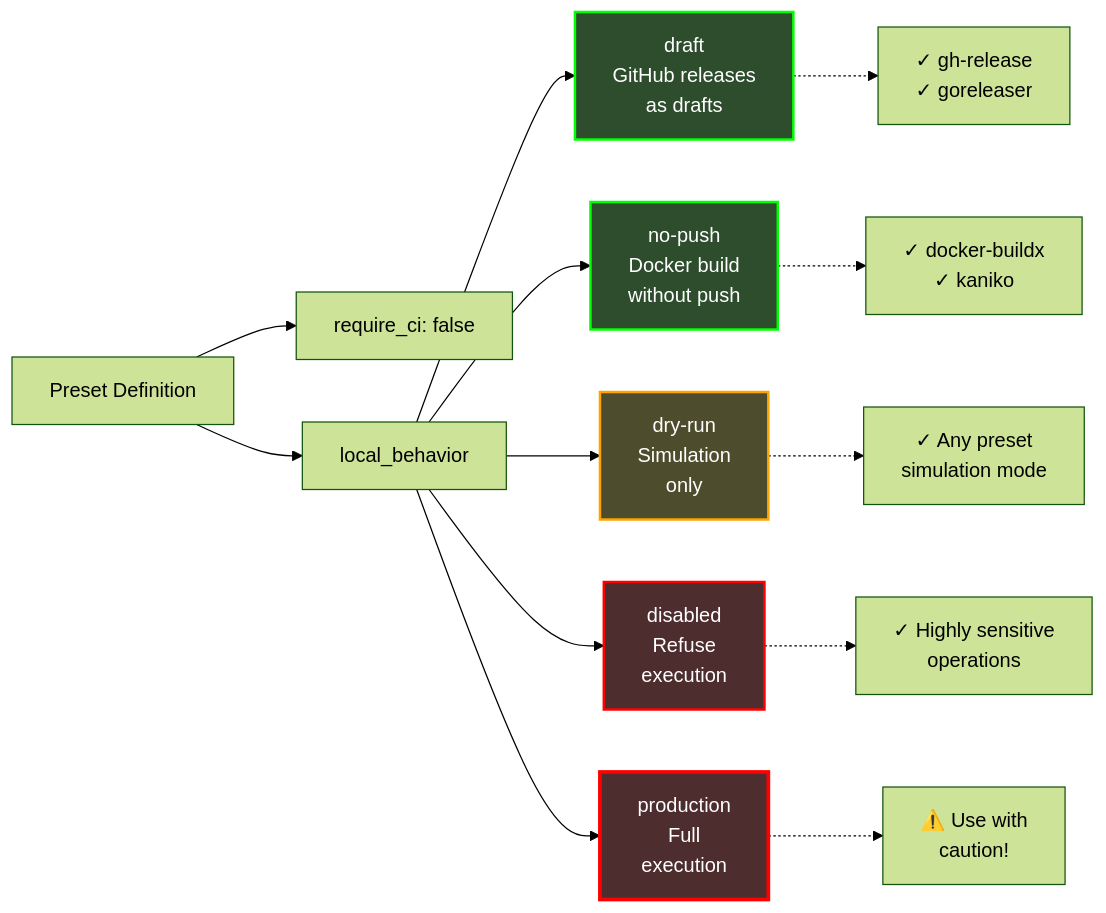
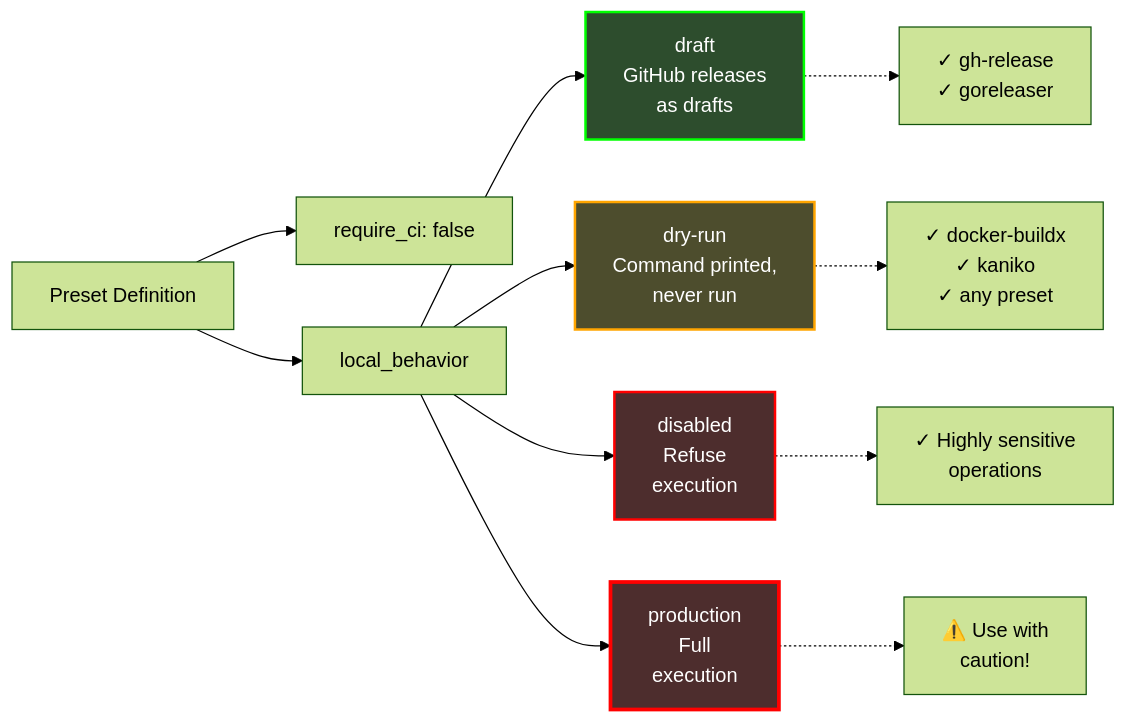
One commit to cidx-org/cidx changed the fourth of 6 diagrams in docs/core-concepts/devops.md. Above: the diagram before and after it, drawn with Mermaid (forest theme). The commit also changed other lines of this file and 11 other files, not shown here.

First line of the commit message:
refactor(safety)!: remove no-push, which was dry-run with a promise it could not keep (#370)

````diff
--- a/docs/core-concepts/devops.md
+++ b/docs/core-concepts/devops.md
@@ -189,27 +189,24 @@
 ```mermaid
 flowchart LR
     PRESET[Preset Definition]
     RC[require_ci: false]
     LB[local_behavior]
 
     PRESET --> RC
     PRESET --> LB
 
     LB --> DRAFT["draft<br/>GitHub releases<br/>as drafts"]
-    LB --> NOPUSH["no-push<br/>Docker build<br/>without push"]
-    LB --> DRYRUN["dry-run<br/>Simulation<br/>only"]
+    LB --> DRYRUN["dry-run<br/>Command printed,<br/>never run"]
     LB --> DISABLED["disabled<br/>Refuse<br/>execution"]
     LB --> PROD["production<br/>Full<br/>execution"]
 
     DRAFT -.-> DRAFT_EX["✓ gh-release<br/>✓ goreleaser"]
-    NOPUSH -.-> NOPUSH_EX["✓ docker-buildx<br/>✓ kaniko"]
-    DRYRUN -.-> DRYRUN_EX["✓ Any preset<br/>simulation mode"]
+    DRYRUN -.-> DRYRUN_EX["✓ docker-buildx<br/>✓ kaniko<br/>✓ any preset"]
     DISABLED -.-> DISABLED_EX["✓ Highly sensitive<br/>operations"]
     PROD -.-> PROD_EX["⚠️ Use with<br/>caution!"]
 
     style DRAFT fill:#2d4d2d,stroke:#00ff00,stroke-width:2px,color:#fff
-    style NOPUSH fill:#2d4d2d,stroke:#00ff00,stroke-width:2px,color:#fff
     style DRYRUN fill:#4d4d2d,stroke:#ffa500,stroke-width:2px,color:#fff
     style DISABLED fill:#4d2d2d,stroke:#ff0000,stroke-width:2px,color:#fff
     style PROD fill:#4d2d2d,stroke:#ff0000,stroke-width:3px,color:#fff
 ```
````
